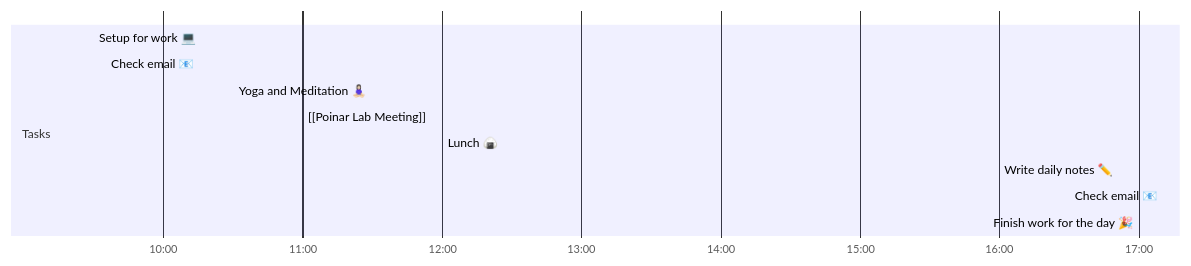
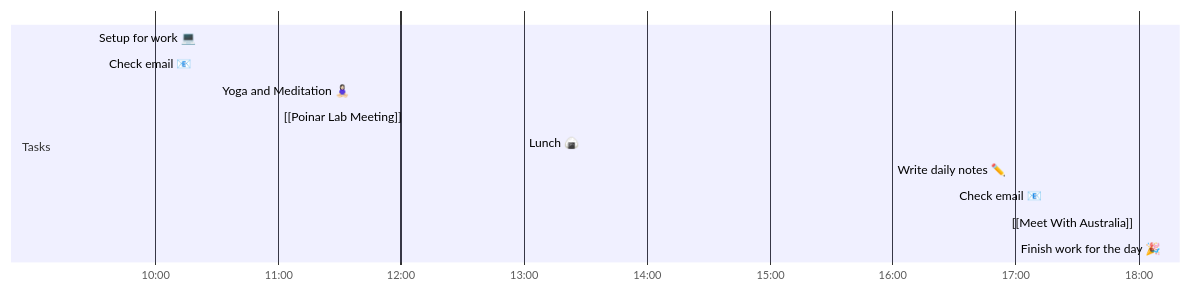
The diagram in academic/2021-05-25.md (ktmeaton/obsidian-public), drawn with Mermaid before and after one commit. The commit also changed other lines of this file and 5 other files, not shown here.

````diff
--- a/academic/2021-05-25.md
+++ b/academic/2021-05-25.md
@@ -14,17 +14,18 @@
 ```mermaid
 gantt
     dateFormat  HH-mm
     axisFormat %H:%M
-    %% Current Time: 10:56:27 AM
+    %% Current Time: 5:37:53 PM
     section Tasks
     Setup for work 💻     :09-30, 5mm
     Check email 📧     :09-35, 55mm
     Yoga and Meditation 🧘🏻‍♀️     :10-30, 30mm
-    [[Poinar Lab Meeting]]     :11-00, 60mm
-    Lunch 🍙     :12-00, 240mm
+    [[Poinar Lab Meeting]]     :11-00, 120mm
+    Lunch 🍙     :13-00, 180mm
     Write daily notes ✏️     :16-00, 30mm
-    Check email 📧     :16-30, 30mm
+    Check email 📧     :16-30, 90mm
+    [[Meet With Australia]]     :18-00, -60mm
     Finish work for the day 🎉     :17-00, 0mm
     section Breaks
 
 ```
````
